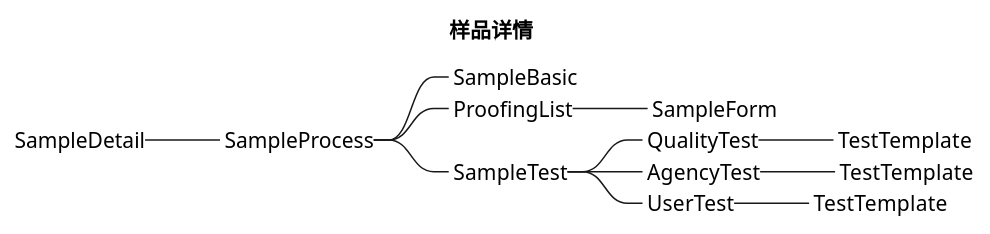
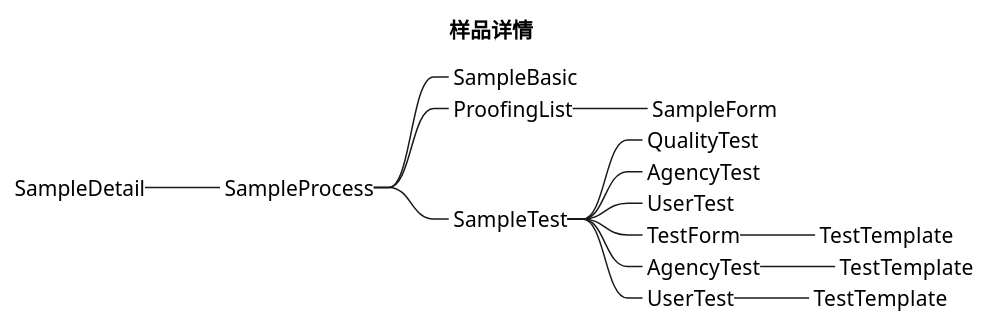
The second of 2 diagrams in docs/diagram/sample/sample.puml (futurekidult/product), drawn with PlantUML before and after one commit. The commit also changed 8 other files, not shown here.

```diff
--- a/docs/diagram/sample/sample.puml
+++ b/docs/diagram/sample/sample.puml
@@ -11,16 +11,19 @@
 @startmindmap
 title 样品详情
 
 +_ SampleDetail
 ++_ SampleProcess
 +++_ SampleBasic
 +++_ ProofingList
 ++++_ SampleForm
 +++_ SampleTest
 ++++_ QualityTest
+++++_ AgencyTest
+++++_ UserTest
+++++_ TestForm
 +++++_ TestTemplate
 ++++_ AgencyTest
 +++++_ TestTemplate
 ++++_ UserTest
 +++++_ TestTemplate
 @endmindmap
```
